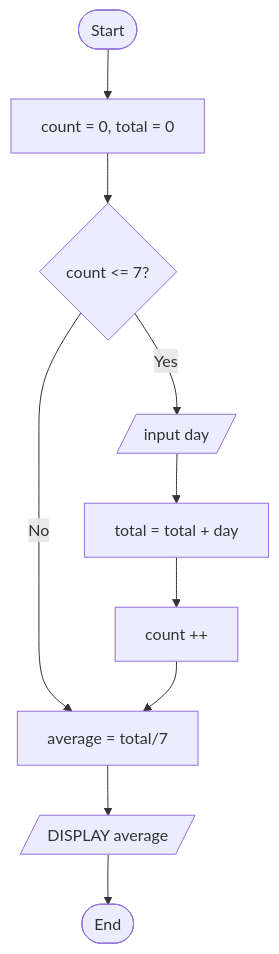
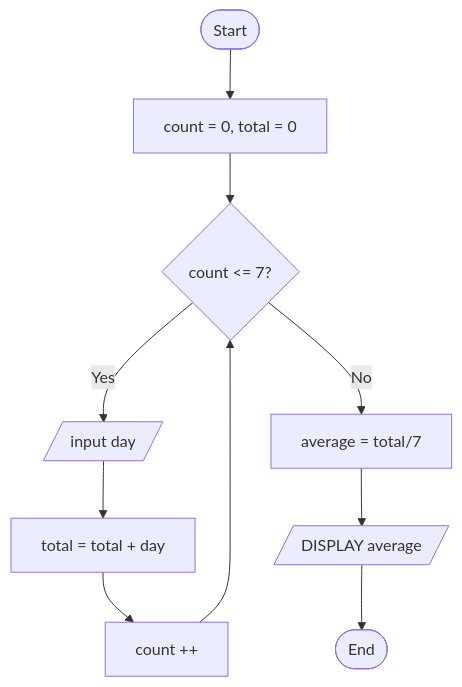
Before and after one commit to Halamohamed/Workshops-Algorithm-Flowchart: the second of 2 diagrams in README.md, drawn with Mermaid.

````diff
--- a/README.md
+++ b/README.md
@@ -174,15 +174,15 @@
 ```mermaid
 
 flowchart TD
     A([Start]) --> B[count = 0, total = 0]
     B --> C{count <= 7?}
     C --> |Yes| D[/input day/]
-    C --> |No| I
     D --> E[total = total + day]
     E --> F[count ++]
-    F --> I[average = total/7]
+    F --> C
+    C --> |No| I[average = total/7]
     I --> G[/DISPLAY average/]
     G --> S([End])
 
 
 ``` 
````
